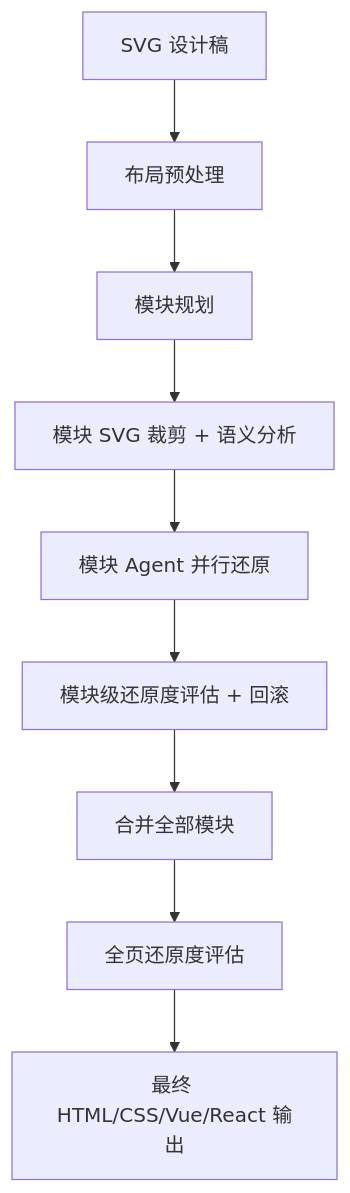
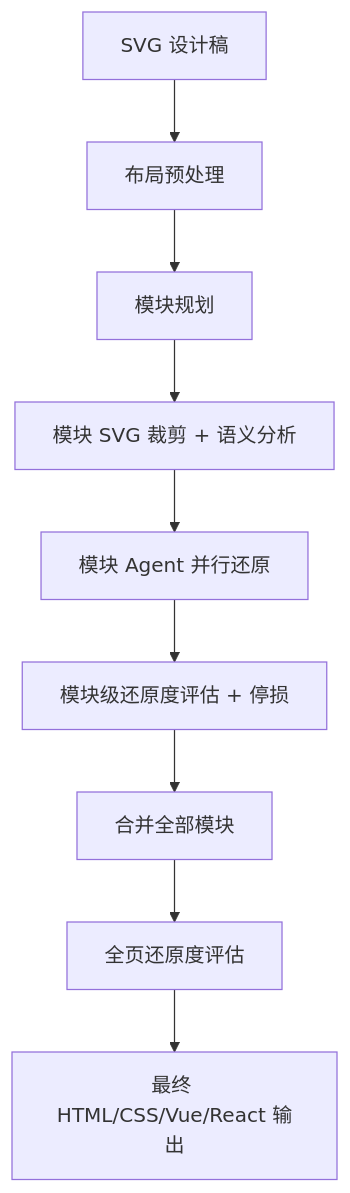
Before and after one commit to cnzhhx/svg-to-html: the diagram in README.md, drawn with Mermaid. The commit also changed other lines of this file and 13 other files, not shown here.

````diff
--- a/README.md
+++ b/README.md
@@ -158,11 +157,11 @@
 ```mermaid
 flowchart TD
   A[SVG 设计稿] --> B[布局预处理]
   B --> C[模块规划]
   C --> D[模块 SVG 裁剪 + 语义分析]
   D --> E[模块 Agent 并行还原]
-  E --> F[模块级还原度评估 + 回滚]
+  E --> F[模块级还原度评估 + 停损]
   F --> G[合并全部模块]
   G --> H[全页还原度评估]
   H --> I[最终 HTML/CSS/Vue/React 输出]
 ```
````
